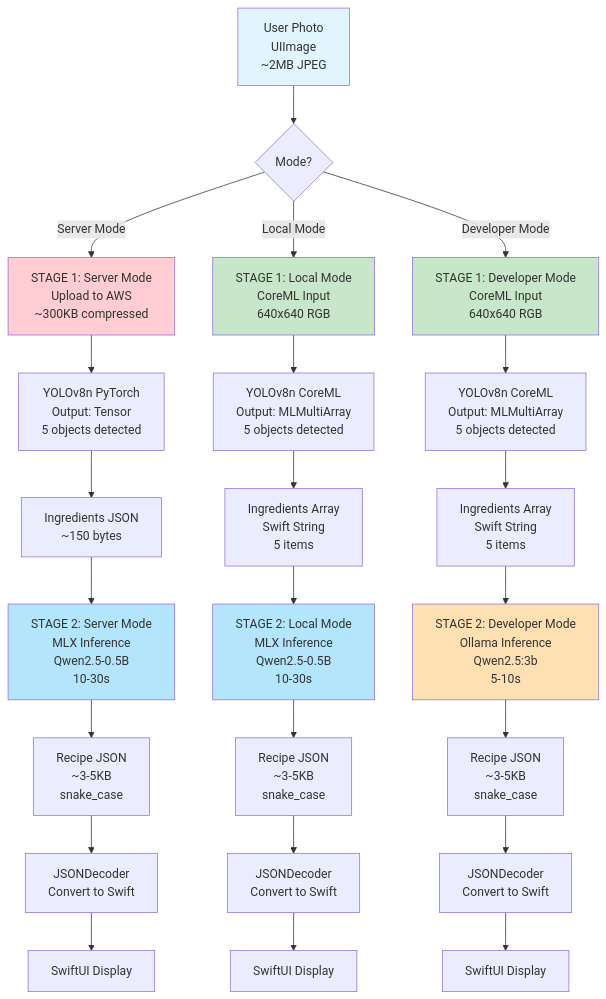
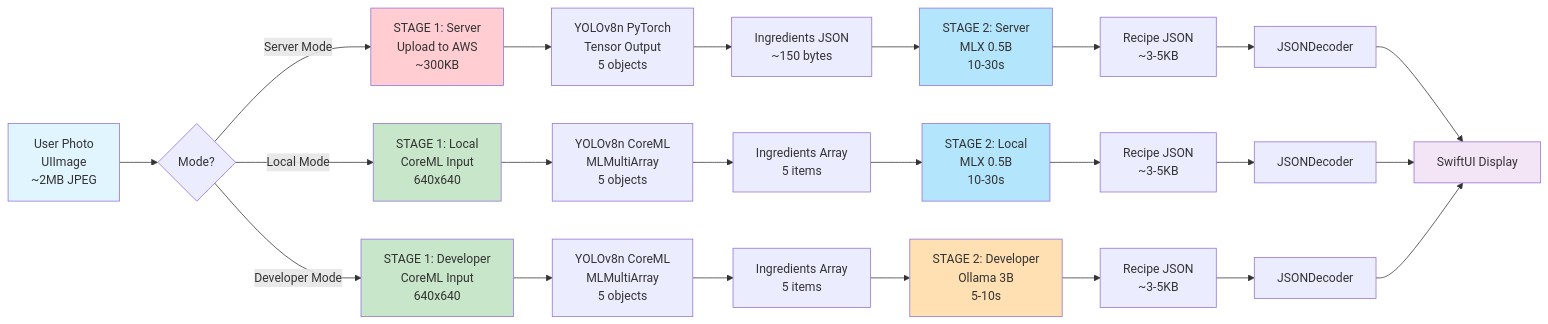
The fourth of 6 diagrams in architecture-mermaid.md (Jessi0803/kitchen_assistant), drawn with Mermaid before and after one commit. The commit also changed other lines of this file, not shown here.

Commit message:
docs: convert Data Flow diagram to horizontal layout
- Change from vertical (TD) to horizontal (LR) layout
- Simplify node labels for better horizontal display
- Merge three Display nodes into one shared endpoint
- Optimize spacing and flow for left-to-right reading
- Rename section to 'Data Flow with Sizes (Horizontal Layout)'

````diff
--- a/architecture-mermaid.md
+++ b/architecture-mermaid.md
@@ -160,42 +160,43 @@
 ```mermaid
-graph TD
+graph LR
     Photo[User Photo<br/>UIImage<br/>~2MB JPEG]
     
     Photo --> Decision{Mode?}
     
-    Decision -->|Server Mode| Upload["STAGE 1: Server Mode<br/>Upload to AWS<br/>~300KB compressed"]
-    Decision -->|Local Mode| CoreML1["STAGE 1: Local Mode<br/>CoreML Input<br/>640x640 RGB"]
-    Decision -->|Developer Mode| CoreML2["STAGE 1: Developer Mode<br/>CoreML Input<br/>640x640 RGB"]
+    Decision -->|Server Mode| Upload["STAGE 1: Server<br/>Upload to AWS<br/>~300KB"]
+    Decision -->|Local Mode| CoreML1["STAGE 1: Local<br/>CoreML Input<br/>640x640"]
+    Decision -->|Developer Mode| CoreML2["STAGE 1: Developer<br/>CoreML Input<br/>640x640"]
     
-    Upload --> YOLO1[YOLOv8n PyTorch<br/>Output: Tensor<br/>5 objects detected]
-    CoreML1 --> YOLO2[YOLOv8n CoreML<br/>Output: MLMultiArray<br/>5 objects detected]
-    CoreML2 --> YOLO3[YOLOv8n CoreML<br/>Output: MLMultiArray<br/>5 objects detected]
+    Upload --> YOLO1[YOLOv8n PyTorch<br/>Tensor Output<br/>5 objects]
+    CoreML1 --> YOLO2[YOLOv8n CoreML<br/>MLMultiArray<br/>5 objects]
+    CoreML2 --> YOLO3[YOLOv8n CoreML<br/>MLMultiArray<br/>5 objects]
     
     YOLO1 --> Ingredients1[Ingredients JSON<br/>~150 bytes]
-    YOLO2 --> Ingredients2[Ingredients Array<br/>Swift String<br/>5 items]
-    YOLO3 --> Ingredients3[Ingredients Array<br/>Swift String<br/>5 items]
+    YOLO2 --> Ingredients2[Ingredients Array<br/>5 items]
+    YOLO3 --> Ingredients3[Ingredients Array<br/>5 items]
     
-    Ingredients1 --> MLX1["STAGE 2: Server Mode<br/>MLX Inference<br/>Qwen2.5-0.5B<br/>10-30s"]
-    Ingredients2 --> MLX2["STAGE 2: Local Mode<br/>MLX Inference<br/>Qwen2.5-0.5B<br/>10-30s"]
-    Ingredients3 --> Ollama1["STAGE 2: Developer Mode<br/>Ollama Inference<br/>Qwen2.5:3b<br/>5-10s"]
+    Ingredients1 --> MLX1["STAGE 2: Server<br/>MLX 0.5B<br/>10-30s"]
+    Ingredients2 --> MLX2["STAGE 2: Local<br/>MLX 0.5B<br/>10-30s"]
+    Ingredients3 --> Ollama1["STAGE 2: Developer<br/>Ollama 3B<br/>5-10s"]
     
-    MLX1 --> RecipeJSON1[Recipe JSON<br/>~3-5KB<br/>snake_case]
-    MLX2 --> RecipeJSON2[Recipe JSON<br/>~3-5KB<br/>snake_case]
-    Ollama1 --> RecipeJSON3[Recipe JSON<br/>~3-5KB<br/>snake_case]
+    MLX1 --> RecipeJSON1[Recipe JSON<br/>~3-5KB]
+    MLX2 --> RecipeJSON2[Recipe JSON<br/>~3-5KB]
+    Ollama1 --> RecipeJSON3[Recipe JSON<br/>~3-5KB]
     
-    RecipeJSON1 --> Parse1[JSONDecoder<br/>Convert to Swift]
-    RecipeJSON2 --> Parse2[JSONDecoder<br/>Convert to Swift]
-    RecipeJSON3 --> Parse3[JSONDecoder<br/>Convert to Swift]
+    RecipeJSON1 --> Parse1[JSONDecoder]
+    RecipeJSON2 --> Parse2[JSONDecoder]
+    RecipeJSON3 --> Parse3[JSONDecoder]
     
-    Parse1 --> Display1[SwiftUI Display]
-    Parse2 --> Display2[SwiftUI Display]
-    Parse3 --> Display3[SwiftUI Display]
+    Parse1 --> Display[SwiftUI Display]
+    Parse2 --> Display
+    Parse3 --> Display
     
     style Photo fill:#e1f5fe
     style Upload fill:#ffcdd2
     style CoreML1 fill:#c8e6c9
     style CoreML2 fill:#c8e6c9
     style MLX1 fill:#b3e5fc
     style MLX2 fill:#b3e5fc
     style Ollama1 fill:#ffe0b2
+    style Display fill:#f3e5f5
 ```
````
